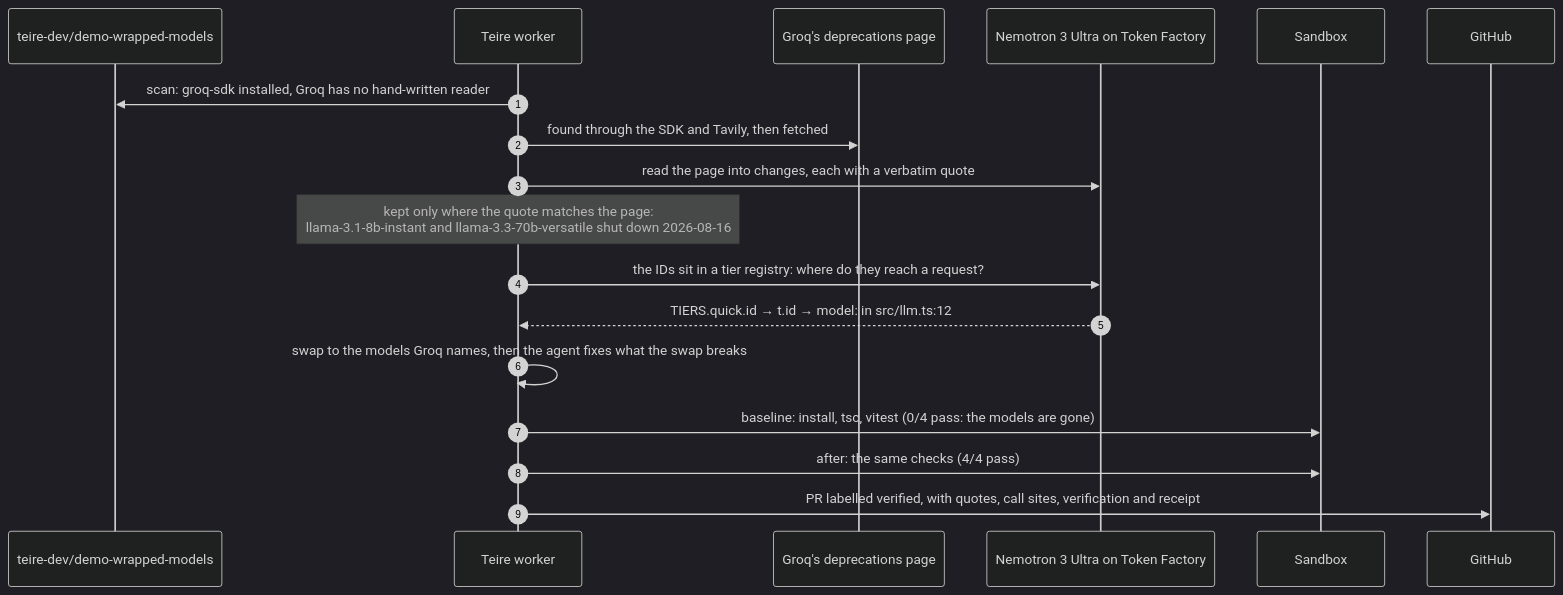
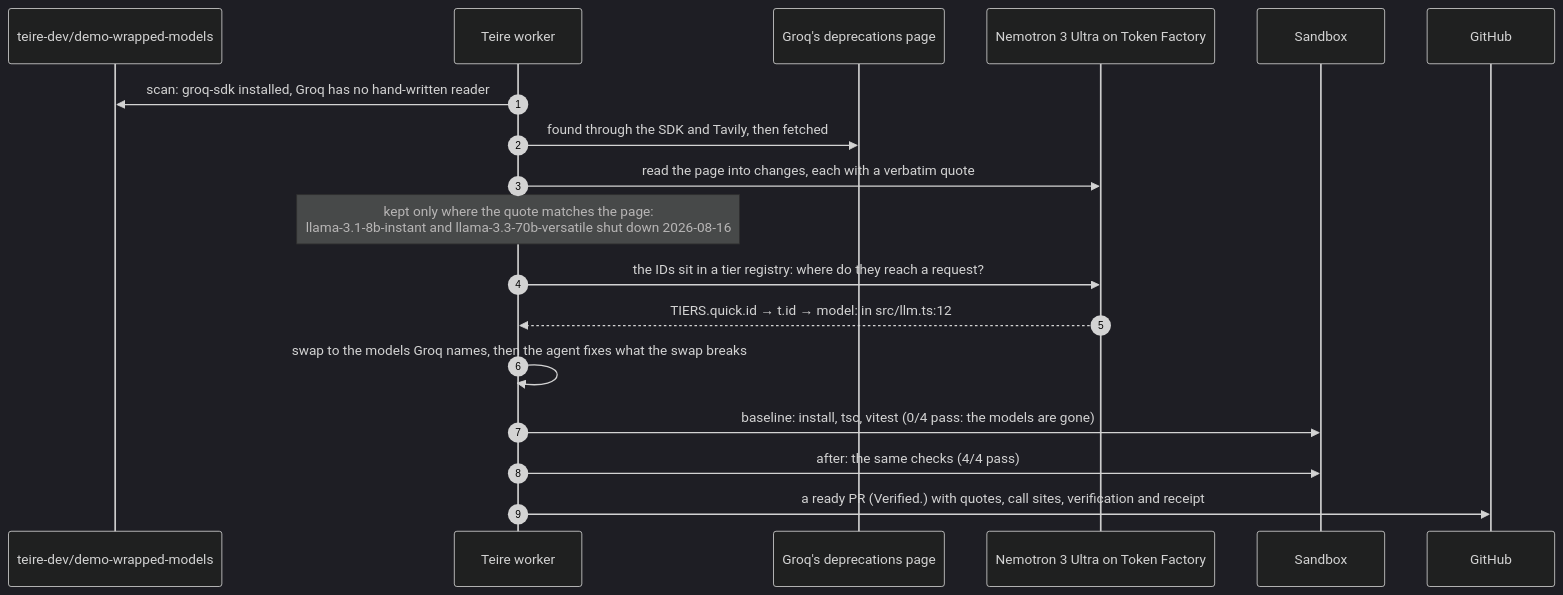
Before and after one commit to teire-dev/teire: the diagram in .github/diagrams/readme-model-retirement.mmd, drawn with Mermaid (dark theme). The commit also changed 16 other files, not shown here.

Commit message:
CLI prints sites relative to the scanned root when given a path; an empty tool-path variable counts as unset; diagrams say ready, not labelled

```diff
--- a/.github/diagrams/readme-model-retirement.mmd
+++ b/.github/diagrams/readme-model-retirement.mmd
@@ -1,18 +1,18 @@
 sequenceDiagram
   autonumber
   participant R as teire-dev/demo-wrapped-models
   participant T as Teire worker
   participant W as Groq's deprecations page
   participant N as Nemotron 3 Ultra on Token Factory
   participant S as Sandbox
   participant G as GitHub
   T->>R: scan: groq-sdk installed, Groq has no hand-written reader
   T->>W: found through the SDK and Tavily, then fetched
   T->>N: read the page into changes, each with a verbatim quote
   Note over T: kept only where the quote matches the page:<br/>llama-3.1-8b-instant and llama-3.3-70b-versatile shut down 2026-08-16
   T->>N: the IDs sit in a tier registry: where do they reach a request?
   N-->>T: TIERS.quick.id → t.id → model: in src/llm.ts:12
   T->>T: swap to the models Groq names, then the agent fixes what the swap breaks
   T->>S: baseline: install, tsc, vitest (0/4 pass: the models are gone)
   T->>S: after: the same checks (4/4 pass)
-  T->>G: PR labelled verified, with quotes, call sites, verification and receipt
+  T->>G: a ready PR (Verified.) with quotes, call sites, verification and receipt
```
